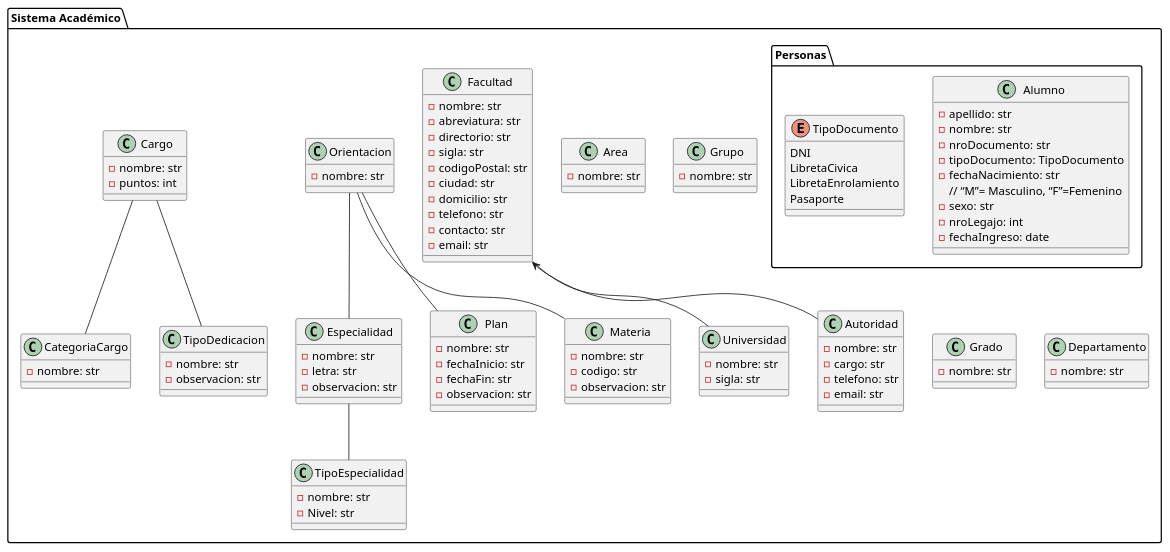
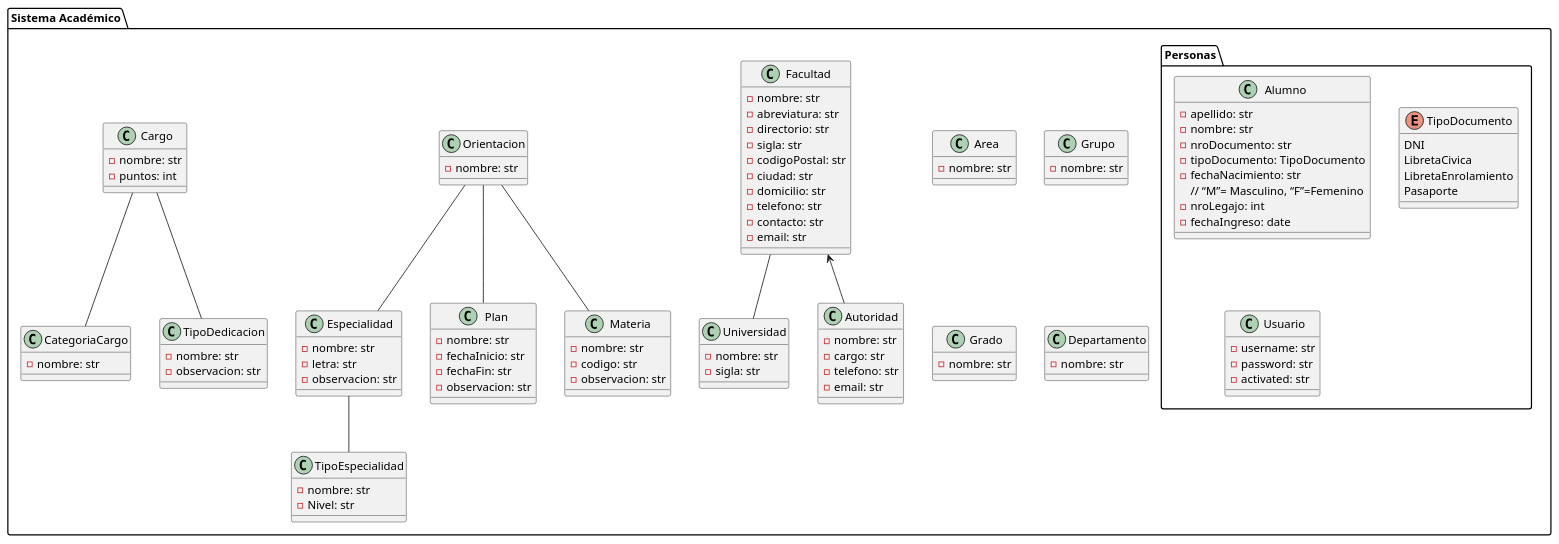
Before and after one commit to Elwilsonic/SYSCAD: the diagram in diagrama/sysacad_diagrama_de_clases.puml, drawn with PlantUML.

Commit message:
Se agregó la clase Usuario al diagrama dentro del paquete Personas

```diff
--- a/diagrama/sysacad_diagrama_de_clases.puml
+++ b/diagrama/sysacad_diagrama_de_clases.puml
@@ -1,118 +1,123 @@
 @startuml Diagrama de Clases de sysacad
-package "Sistema Académico"{
-    package "Personas"{
+package "Sistema Académico" {
+    package "Personas" {
         class Alumno {
             - apellido: str
             - nombre: str
             - nroDocumento: str
             - tipoDocumento: TipoDocumento
             - fechaNacimiento: str
             // “M”= Masculino, “F”=Femenino
-            - sexo: str
             - nroLegajo: int
             - fechaIngreso: date
         }
 
         enum TipoDocumento {
             DNI
             LibretaCivica
             LibretaEnrolamiento
             Pasaporte
+        }
+
+        class Usuario {
+            - username: str
+            - password: str
+            - activated: str
         }
     }
 
     class Universidad {
         -nombre: str
         -sigla: str
     }
 
     class Facultad {
         -nombre: str
         -abreviatura: str
         -directorio: str
         -sigla: str
         -codigoPostal: str
         -ciudad: str
         -domicilio: str
         -telefono: str
         -contacto: str
         -email: str
     }
 
     class Autoridad {
         -nombre: str
         -cargo: str
         -telefono: str
         -email: str
     }
 
     class Area {
         - nombre: str
     }
 
     class Especialidad {
         - nombre: str
         - letra: str
         - observacion: str
     }
 
     class TipoEspecialidad {
         - nombre: str
         - Nivel: str
     }
 
     class Grupo {
         - nombre: str
     }
 
     class Plan {
         - nombre: str
         - fechaInicio: str
         - fechaFin: str
         - observacion: str
     }
 
     class Orientacion {
         - nombre: str
     }
 
     class Grado {
         - nombre: str
     }
 
     class Cargo {
         - nombre: str
         - puntos: int
         
     }
     
     class CategoriaCargo {
         - nombre: str
     } 
    
     class Materia {
         - nombre: str
         - codigo: str
         - observacion: str
     }
 
     class TipoDedicacion {
         - nombre: str
         - observacion: str
     }
 
     class Departamento {
         - nombre: str
     }
 
 
     Orientacion -- Especialidad
     Orientacion -- Plan
     Orientacion -- Materia
     Especialidad -- TipoEspecialidad
     Facultad <-- Autoridad
     Facultad -- Universidad
     Cargo -- CategoriaCargo
     Cargo -- TipoDedicacion
 }
 @enduml
```
